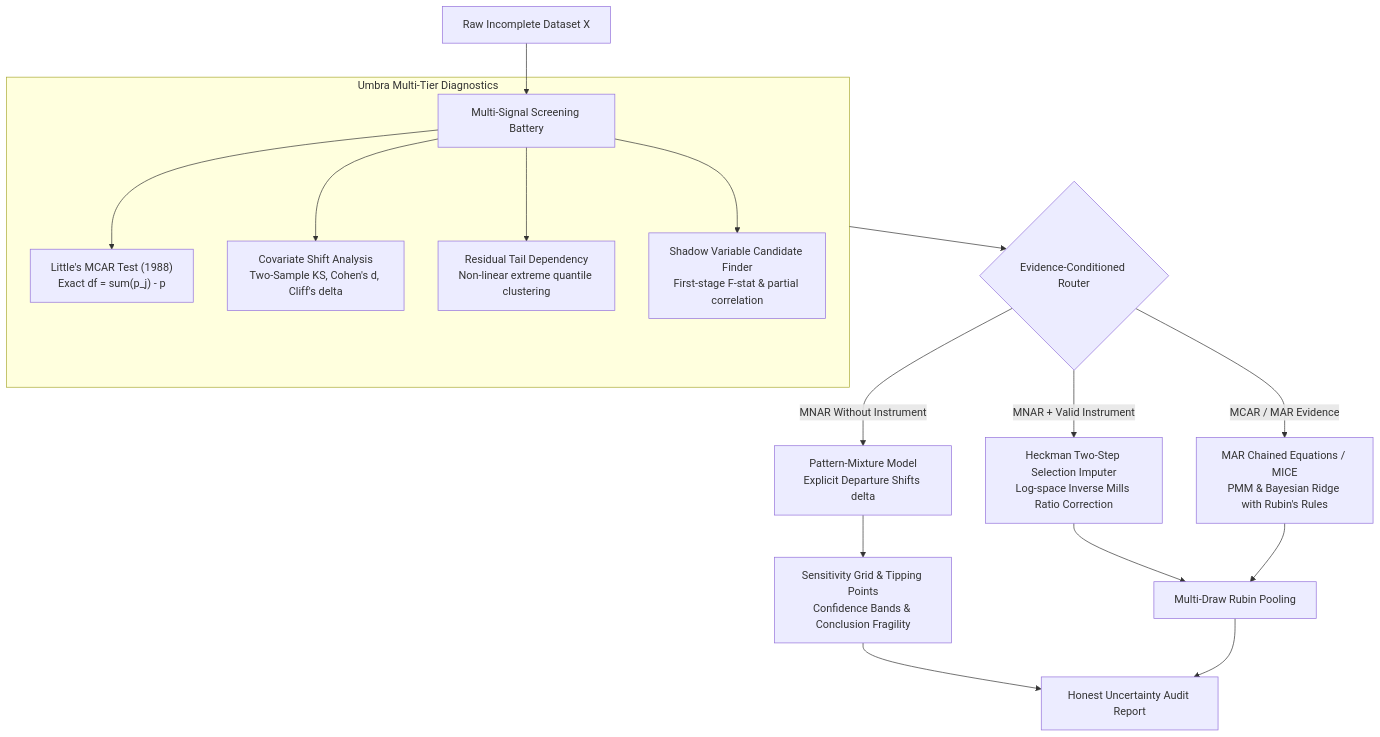
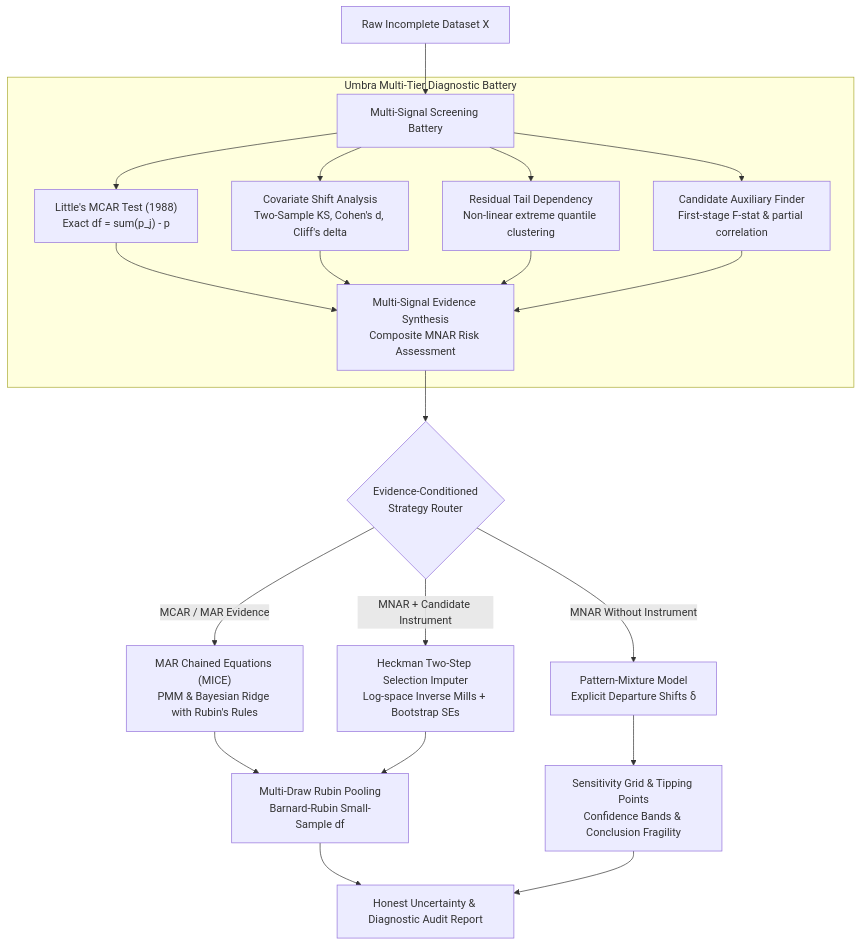
The diagram in README.md (Raj123-0/umbra), drawn with Mermaid before and after one commit.

Commit message:
docs: fix Mermaid architectural workflow layout and eliminate subgraph edge crossing

````diff
--- a/README.md
+++ b/README.md
@@ -37,23 +37,31 @@
 ```mermaid
 flowchart TD
-    A[Raw Incomplete Dataset X] --> B[Multi-Signal Screening Battery]
-    
-    subgraph Diagnostics [Umbra Multi-Tier Diagnostics]
+    A["Raw Incomplete Dataset X"] --> B
+
+    subgraph Diagnostics ["Umbra Multi-Tier Diagnostic Battery"]
+        B["Multi-Signal Screening Battery"]
+        
         B --> B1["Little's MCAR Test (1988)<br/>Exact df = sum(p_j) - p"]
         B --> B2["Covariate Shift Analysis<br/>Two-Sample KS, Cohen's d, Cliff's delta"]
         B --> B3["Residual Tail Dependency<br/>Non-linear extreme quantile clustering"]
-        B --> B4["Shadow Variable Candidate Finder<br/>First-stage F-stat & partial correlation"]
+        B --> B4["Candidate Auxiliary Finder<br/>First-stage F-stat & partial correlation"]
+
+        B1 --> S["Multi-Signal Evidence Synthesis<br/>Composite MNAR Risk Assessment"]
+        B2 --> S
+        B3 --> S
+        B4 --> S
     end
-    
-    Diagnostics --> C{Evidence-Conditioned Router}
-    
-    C -->|MCAR / MAR Evidence| D[MAR Chained Equations / MICE<br/>PMM & Bayesian Ridge with Rubin's Rules]
-    C -->|MNAR + Valid Instrument| E[Heckman Two-Step Selection Imputer<br/>Log-space Inverse Mills Ratio Correction]
-    C -->|MNAR Without Instrument| F[Pattern-Mixture Model<br/>Explicit Departure Shifts delta]
-    
-    F --> G[Sensitivity Grid & Tipping Points<br/>Confidence Bands & Conclusion Fragility]
-    E --> H[Multi-Draw Rubin Pooling]
-    D --> H
-    G --> I[Honest Uncertainty Audit Report]
-    H --> I
+
+    S --> C{"Evidence-Conditioned<br/>Strategy Router"}
+
+    C -->|"MCAR / MAR Evidence"| D["MAR Chained Equations (MICE)<br/>PMM & Bayesian Ridge with Rubin's Rules"]
+    C -->|"MNAR + Candidate Instrument"| E["Heckman Two-Step Selection Imputer<br/>Log-space Inverse Mills + Bootstrap SEs"]
+    C -->|"MNAR Without Instrument"| F["Pattern-Mixture Model<br/>Explicit Departure Shifts &delta;"]
+
+    D --> H["Multi-Draw Rubin Pooling<br/>Barnard-Rubin Small-Sample df"]
+    E --> H
+    F --> G["Sensitivity Grid & Tipping Points<br/>Confidence Bands & Conclusion Fragility"]
+
+    H --> I["Honest Uncertainty & Diagnostic Audit Report"]
+    G --> I
 ```
````
